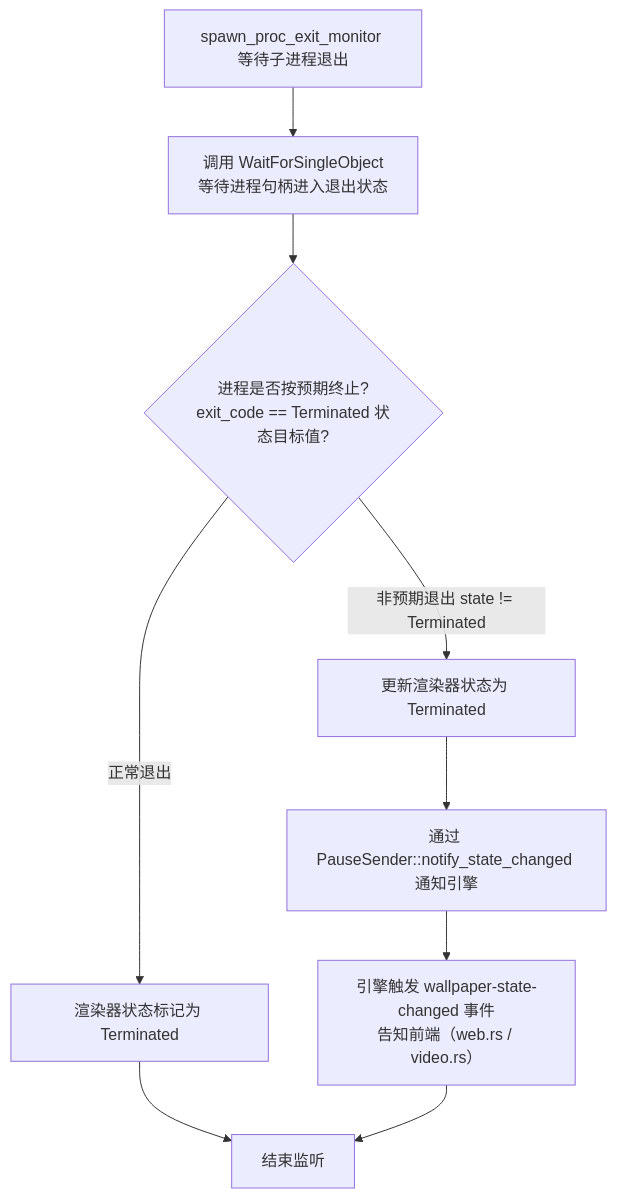
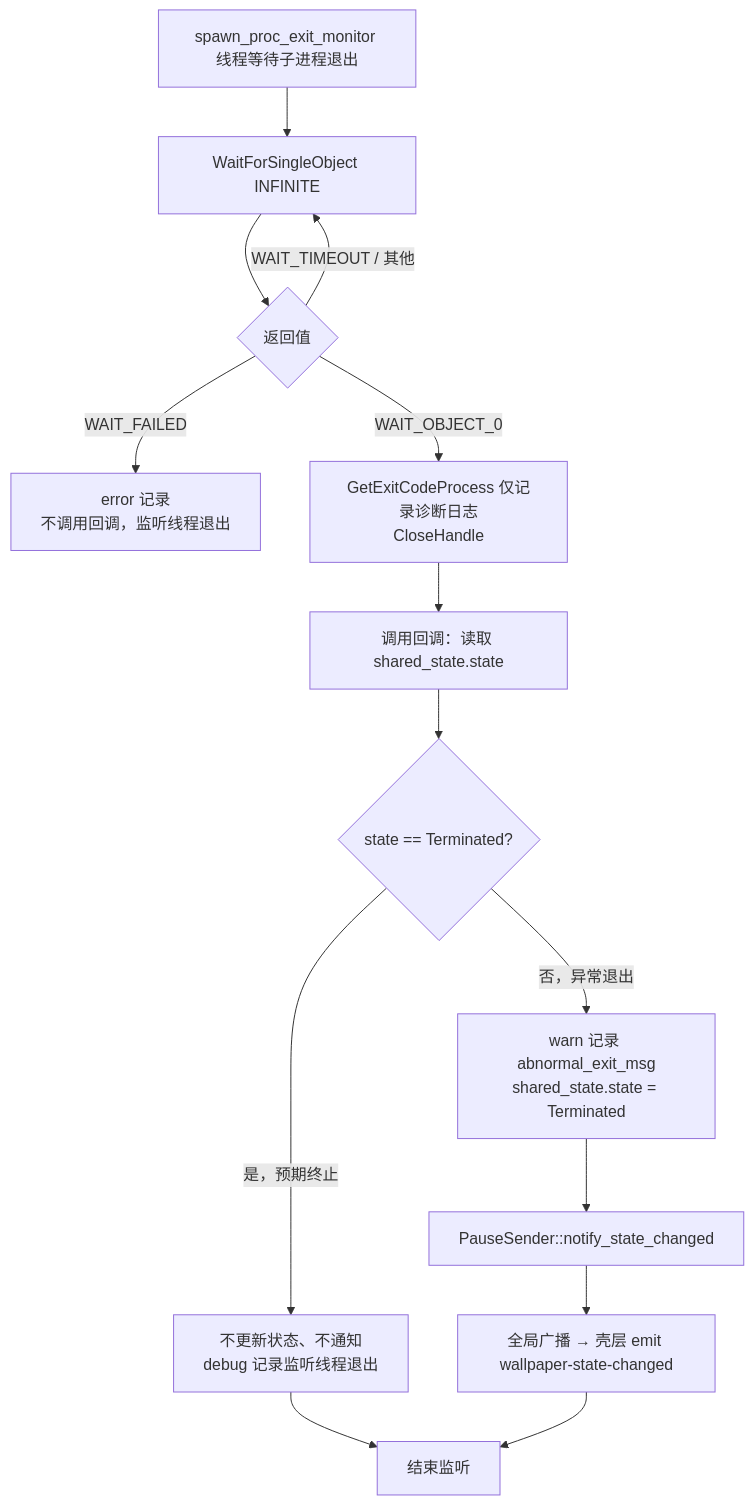
Before and after one commit to Wunseol/mirrorstar-wallpaper: the diagram in docs/02-架构与技术栈/07-错误处理-Error-Handling.md, drawn with Mermaid. The commit also changed other lines of this file and 36 other files, not shown here.

````diff
--- a/docs/02-架构与技术栈/07-错误处理-Error-Handling.md
+++ b/docs/02-架构与技术栈/07-错误处理-Error-Handling.md
@@ -126,11 +127,16 @@
 ```mermaid
 flowchart TD
-    A[spawn_proc_exit_monitor 等待子进程退出] --> B[调用 WaitForSingleObject<br/>等待进程句柄进入退出状态]
-    B --> C{进程是否按预期终止?<br/>exit_code == Terminated 状态目标值?}
-    C -->|正常退出| D[渲染器状态标记为 Terminated]
-    C -->|非预期退出 state != Terminated| E[更新渲染器状态为 Terminated]
-    E --> F[通过 PauseSender::notify_state_changed 通知引擎]
-    F --> G[引擎触发 wallpaper-state-changed 事件<br/>告知前端（web.rs / video.rs）]
-    D --> H[结束监听]
-    G --> H
+    A[spawn_proc_exit_monitor 线程等待子进程退出] --> B[WaitForSingleObject INFINITE]
+    B --> C{返回值}
+    C -->|WAIT_FAILED| D[error 记录<br/>不调用回调，监听线程退出]
+    C -->|WAIT_TIMEOUT / 其他| B
+    C -->|WAIT_OBJECT_0| E[GetExitCodeProcess 仅记录诊断日志<br/>CloseHandle]
+    E --> F[调用回调：读取 shared_state.state]
+    F --> G{state == Terminated?}
+    G -->|是，预期终止| H[不更新状态、不通知<br/>debug 记录监听线程退出]
+    G -->|否，异常退出| I[warn 记录 abnormal_exit_msg<br/>shared_state.state = Terminated]
+    I --> J[PauseSender::notify_state_changed]
+    J --> K[全局广播 → 壳层 emit wallpaper-state-changed]
+    H --> L[结束监听]
+    K --> L
 ```
````
